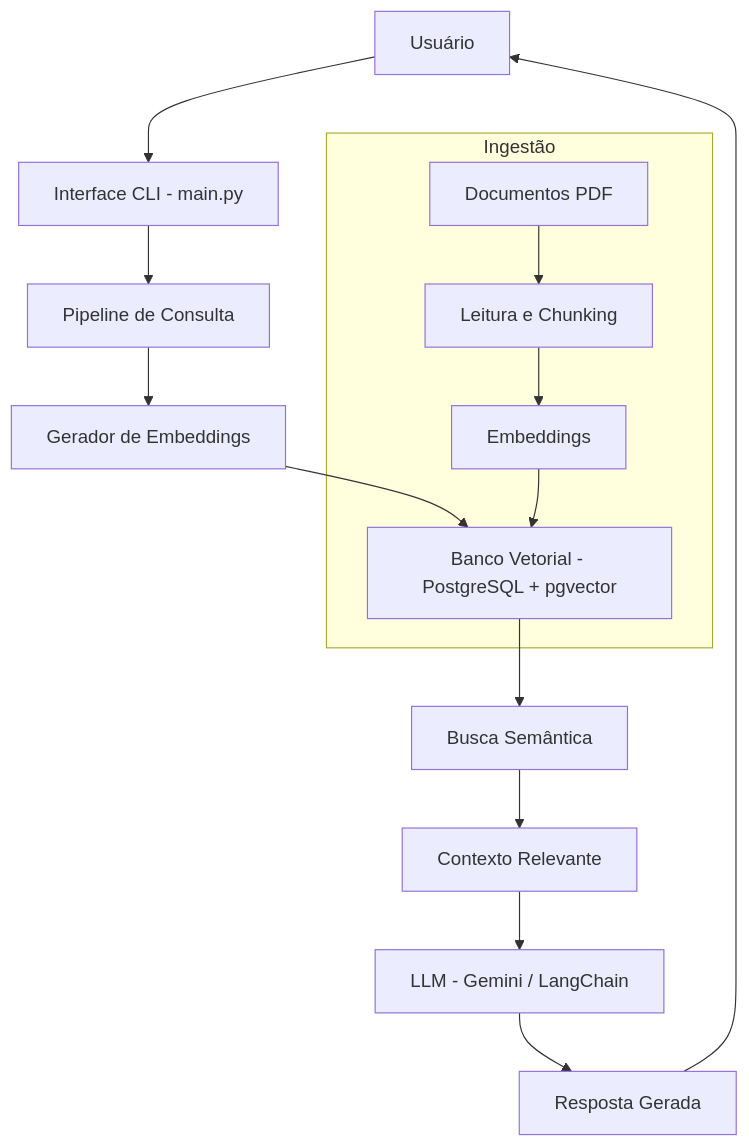
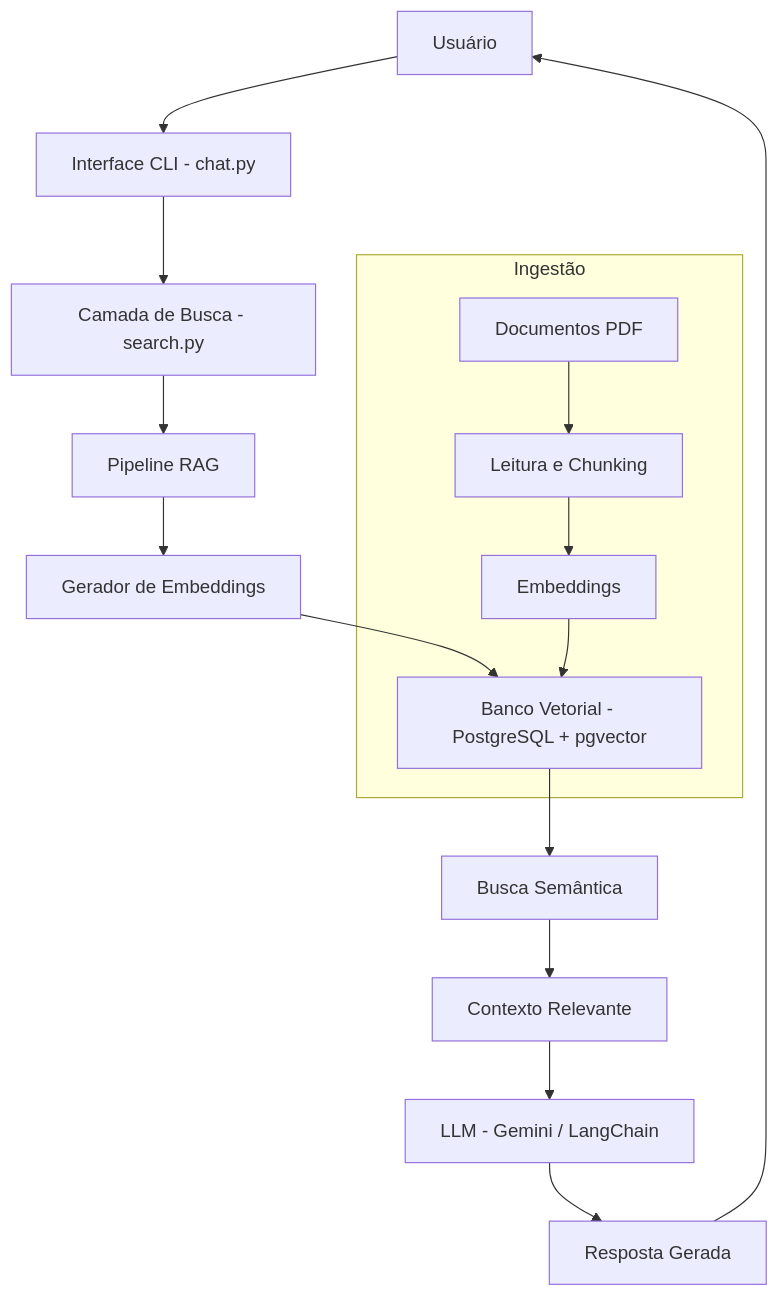
One commit to JonasRF/mba-ia-desafio-ingestao-busca changed the diagram in README.md. Above: the diagram before and after it, drawn with Mermaid.

````diff
--- a/README.md
+++ b/README.md
@@ -115,18 +115,19 @@
 ```mermaid
 flowchart TD
-    A[Usuário] --> B[Interface CLI - main.py]
-    B --> C[Pipeline de Consulta]
-    C --> D[Gerador de Embeddings]
-    D --> E[Banco Vetorial - PostgreSQL + pgvector]
-    E --> F[Busca Semântica]
-    F --> G[Contexto Relevante]
-    G --> H[LLM - Gemini / LangChain]
-    H --> I[Resposta Gerada]
-    I --> A
+    A[Usuário] --> B[Interface CLI - chat.py]
+    B --> C[Camada de Busca - search.py]
+    C --> D[Pipeline RAG]
+    D --> E[Gerador de Embeddings]
+    E --> F[Banco Vetorial - PostgreSQL + pgvector]
+    F --> G[Busca Semântica]
+    G --> H[Contexto Relevante]
+    H --> I[LLM - Gemini / LangChain]
+    I --> J[Resposta Gerada]
+    J --> A
 
     subgraph Ingestão
-        J[Documentos PDF] --> K[Leitura e Chunking]
-        K --> L[Embeddings]
-        L --> E
+        K[Documentos PDF] --> L[Leitura e Chunking]
+        L --> M[Embeddings]
+        M --> F
     end
 ```
````
